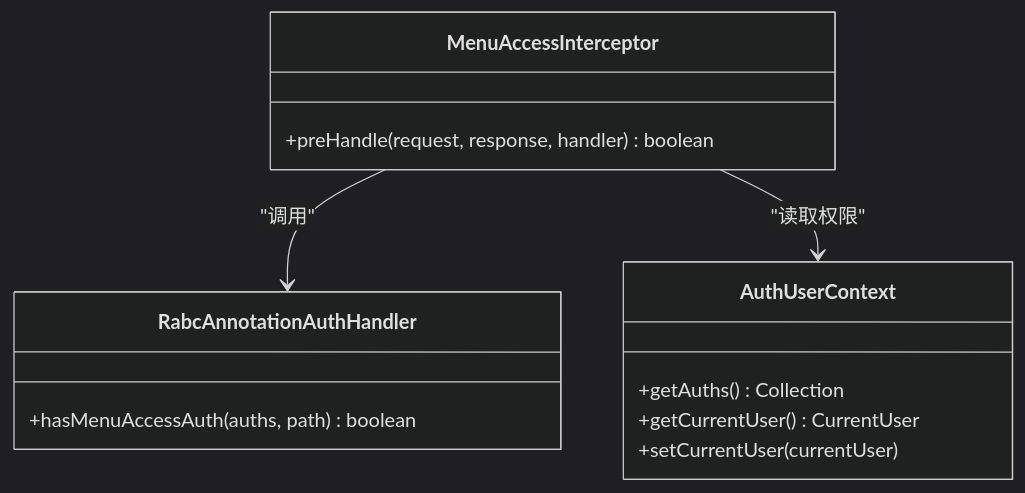
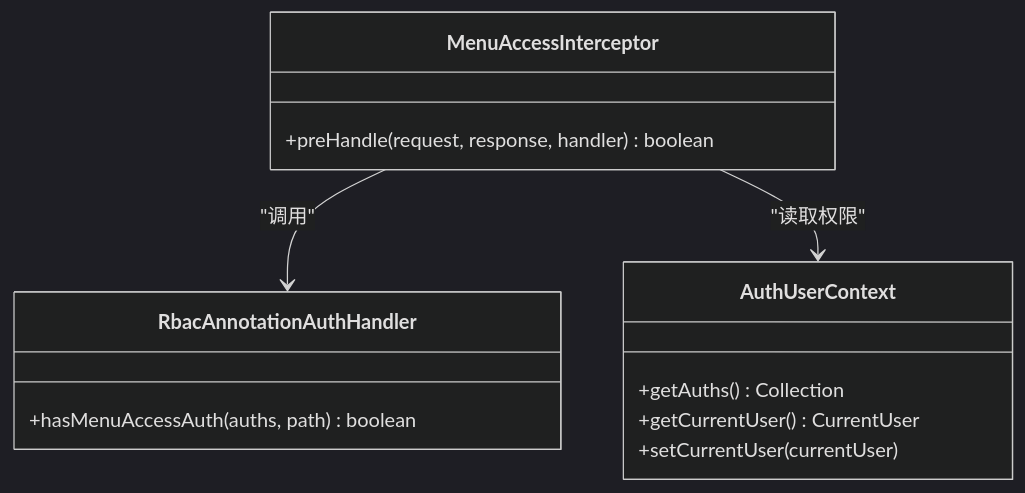
The third of 6 diagrams in .qoder/repowiki/zh/content/故障排除/权限问题排查.md (LiukewenSC/kewen-framework), drawn with Mermaid (dark theme) before and after one commit. The commit also changed other lines of this file and 764 other files, not shown here.

````diff
--- a/.qoder/repowiki/zh/content/故障排除/权限问题排查.md
+++ b/.qoder/repowiki/zh/content/故障排除/权限问题排查.md
@@ -155,16 +155,16 @@
 ```mermaid
 classDiagram
 class AuthUserContext {
 +getAuths() Collection
 +getCurrentUser() CurrentUser
 +setCurrentUser(currentUser)
 }
 class MenuAccessInterceptor {
 +preHandle(request, response, handler) boolean
 }
-class RabcAnnotationAuthHandler {
+class RbacAnnotationAuthHandler {
 +hasMenuAccessAuth(auths, path) boolean
 }
-MenuAccessInterceptor --> RabcAnnotationAuthHandler : "调用"
+MenuAccessInterceptor --> RbacAnnotationAuthHandler : "调用"
 MenuAccessInterceptor --> AuthUserContext : "读取权限"
 ```
````
